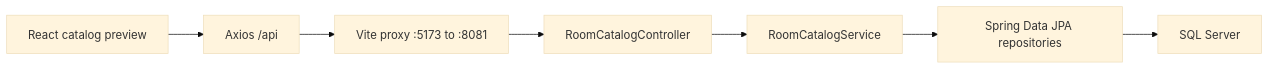
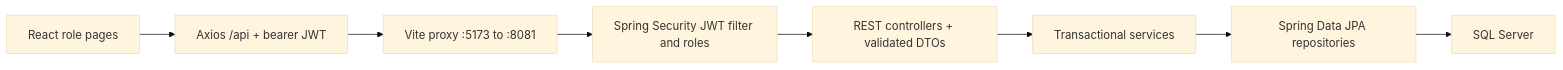
The diagram in docs/design.md (TuanThanh-dev19/A3PhanTuanThanh_SE1910), drawn with Mermaid (base theme) before and after one commit. The commit also changed other lines of this file and 50 other files, not shown here.

````diff
--- a/docs/design.md
+++ b/docs/design.md
@@ -7,9 +5,10 @@
 ```mermaid
 flowchart LR
-    React[React catalog preview] --> Axios[Axios /api]
-    Axios --> Proxy[Vite proxy :5173 to :8081]
-    Proxy --> Controller[RoomCatalogController]
-    Controller --> Service[RoomCatalogService]
+    React[React role pages] --> Axios[Axios /api + bearer JWT]
+    Axios --> Vite[Vite proxy :5173 to :8081]
+    Vite --> Security[Spring Security JWT filter and roles]
+    Security --> Controller[REST controllers + validated DTOs]
+    Controller --> Service[Transactional services]
     Service --> Repository[Spring Data JPA repositories]
     Repository --> SQL[SQL Server]
 ```
````
